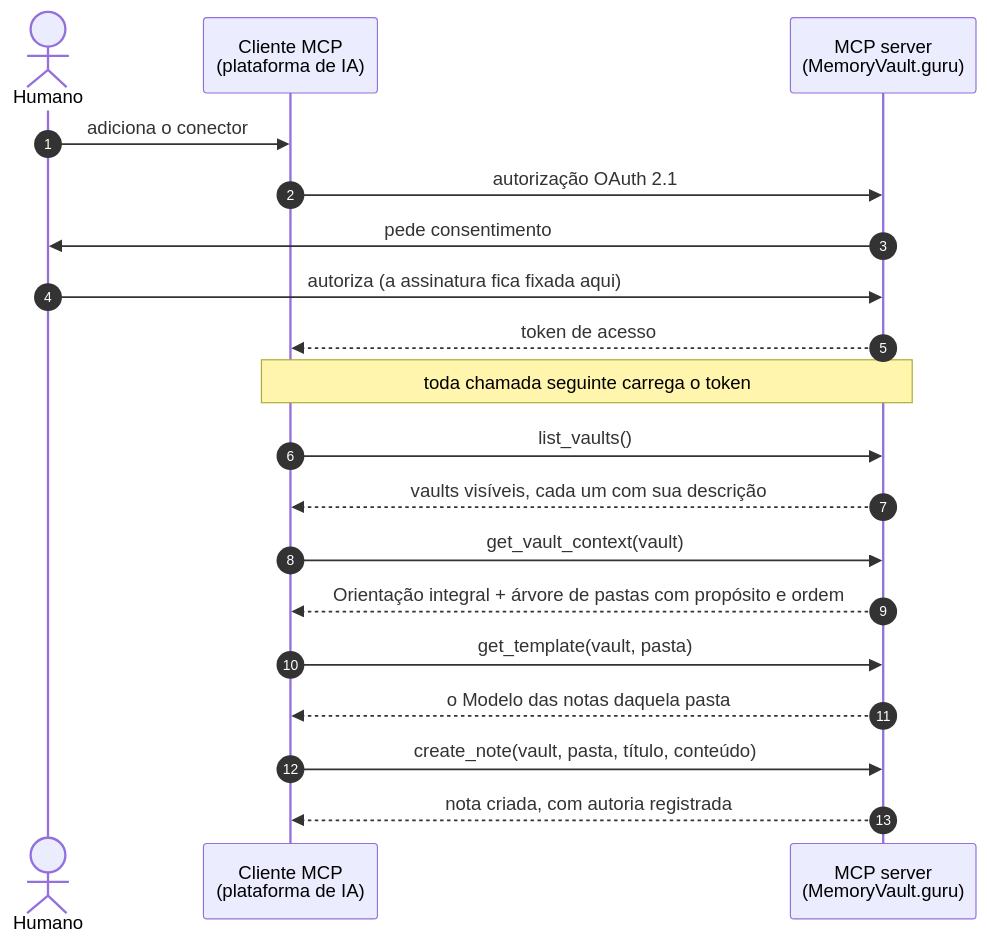
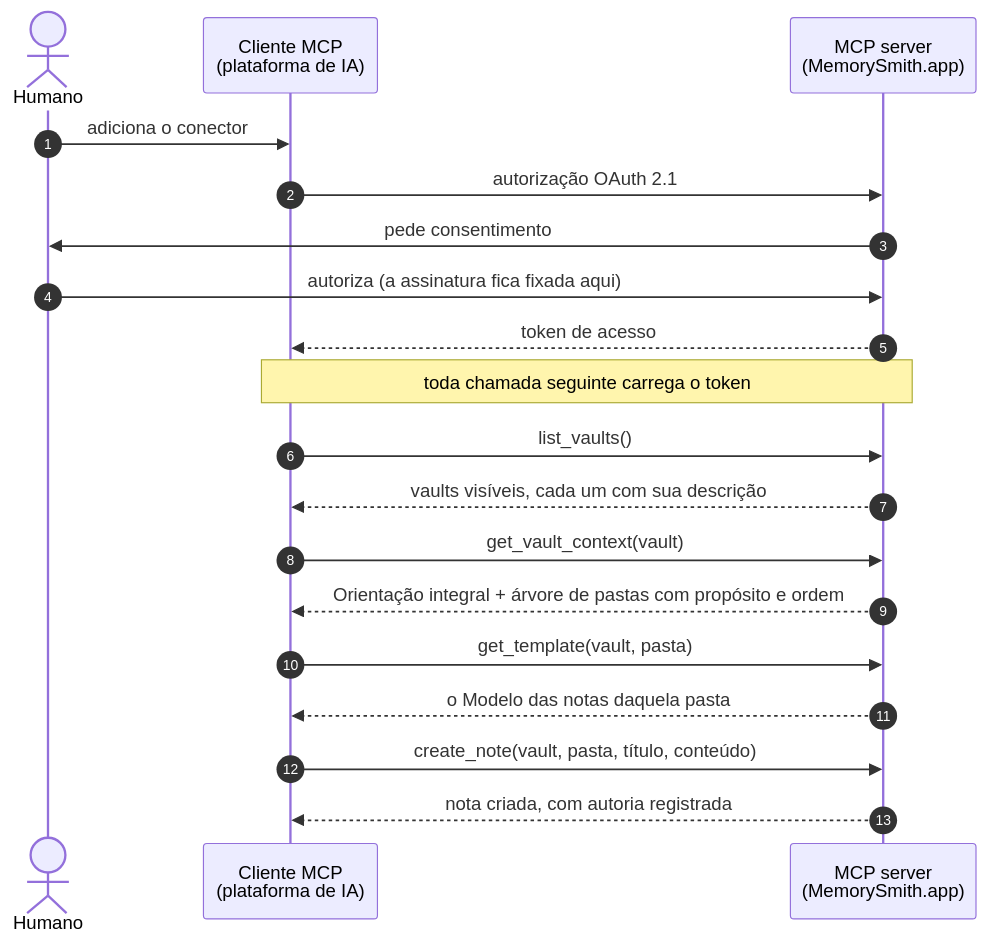
The diagram in README.md (memorysmithapp/memorysmithapp), drawn with Mermaid before and after one commit. The commit also changed other lines of this file and 6 other files, not shown here.

First line of the commit message:
docs: renomeia o produto para MemorySmith.app e o projeto para core

````diff
--- a/README.md
+++ b/README.md
@@ -32,27 +32,27 @@
 ```mermaid
 sequenceDiagram
     autonumber
     actor Humano
     participant Cliente as Cliente MCP<br/>(plataforma de IA)
-    participant Servidor as MCP server<br/>(MemoryVault.guru)
+    participant Servidor as MCP server<br/>(MemorySmith.app)
 
     Humano->>Cliente: adiciona o conector
     Cliente->>Servidor: autorização OAuth 2.1
     Servidor->>Humano: pede consentimento
     Humano->>Servidor: autoriza (a assinatura fica fixada aqui)
     Servidor-->>Cliente: token de acesso
 
     note over Cliente,Servidor: toda chamada seguinte carrega o token
 
     Cliente->>Servidor: list_vaults()
     Servidor-->>Cliente: vaults visíveis, cada um com sua descrição
 
     Cliente->>Servidor: get_vault_context(vault)
     Servidor-->>Cliente: Orientação integral + árvore de pastas com propósito e ordem
 
     Cliente->>Servidor: get_template(vault, pasta)
     Servidor-->>Cliente: o Modelo das notas daquela pasta
 
     Cliente->>Servidor: create_note(vault, pasta, título, conteúdo)
     Servidor-->>Cliente: nota criada, com autoria registrada
 ```
````
